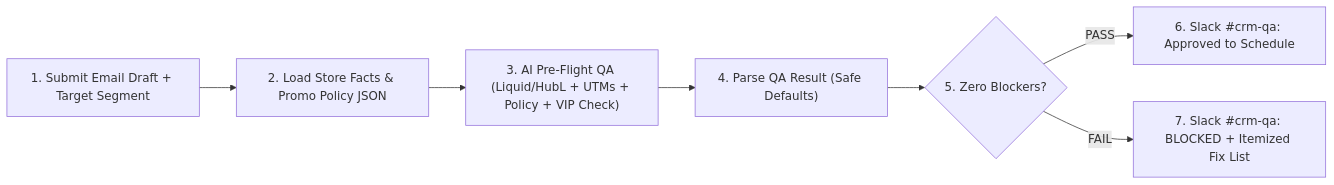
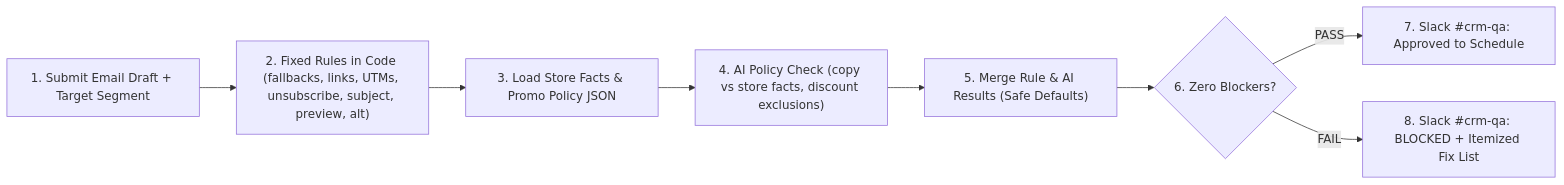
Before and after one commit to errer441122/lifecycle-automation-lab: the diagram in README.md, drawn with Mermaid. The commit also changed other lines of this file and 9 other files, not shown here.

First line of the commit message:
Check fixed rules in code, keep the AI for judgment calls

````diff
--- a/README.md
+++ b/README.md
@@ -28,9 +28,10 @@
 ```mermaid
 flowchart LR
-    F["1. Submit Email Draft + Target Segment"] --> P["2. Load Store Facts & Promo Policy JSON"]
-    P --> AI["3. AI Pre-Flight QA (Liquid/HubL + UTMs + Policy + VIP Check)"]
-    AI --> PS["4. Parse QA Result (Safe Defaults)"]
-    PS --> G{"5. Zero Blockers?"}
-    G -- "PASS" --> OK["6. Slack #crm-qa: Approved to Schedule"]
-    G -- "FAIL" --> NO["7. Slack #crm-qa: BLOCKED + Itemized Fix List"]
+    F["1. Submit Email Draft + Target Segment"] --> R["2. Fixed Rules in Code (fallbacks, links, UTMs, unsubscribe, subject, preview, alt)"]
+    R --> P["3. Load Store Facts & Promo Policy JSON"]
+    P --> AI["4. AI Policy Check (copy vs store facts, discount exclusions)"]
+    AI --> M["5. Merge Rule & AI Results (Safe Defaults)"]
+    M --> G{"6. Zero Blockers?"}
+    G -- "PASS" --> OK["7. Slack #crm-qa: Approved to Schedule"]
+    G -- "FAIL" --> NO["8. Slack #crm-qa: BLOCKED + Itemized Fix List"]
 ```
````
